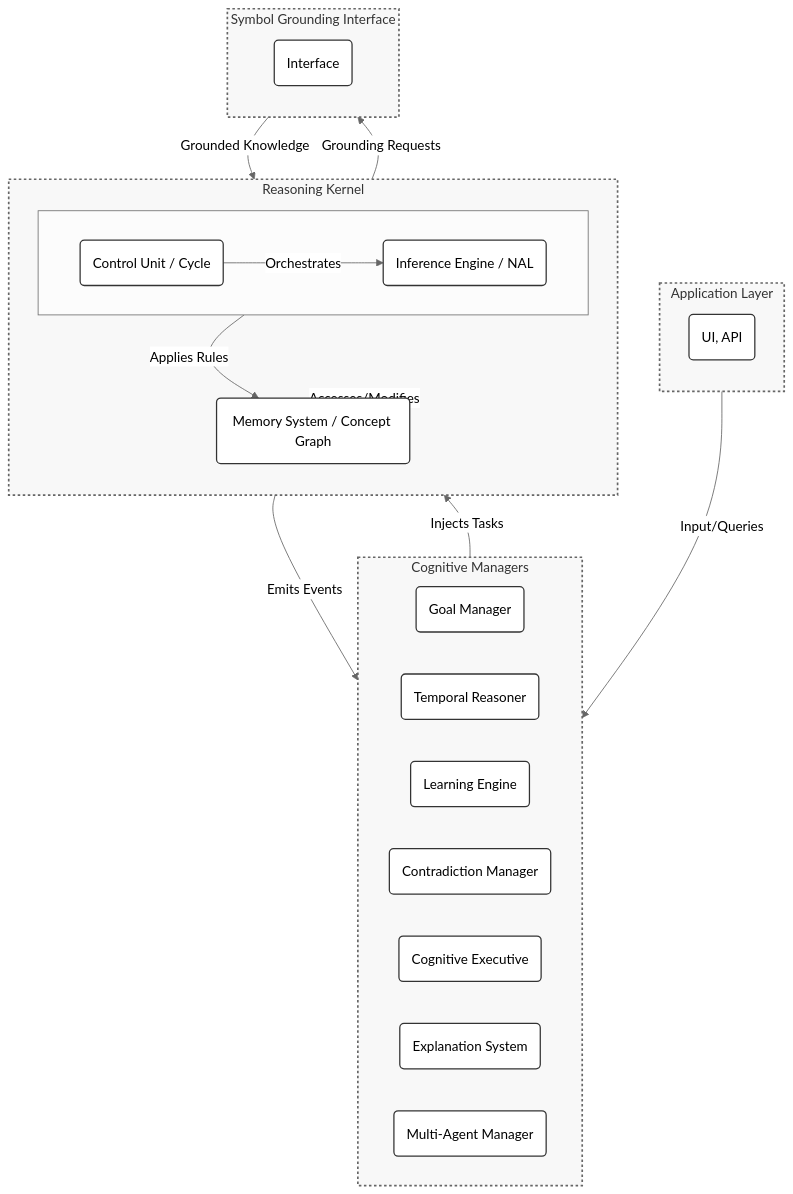
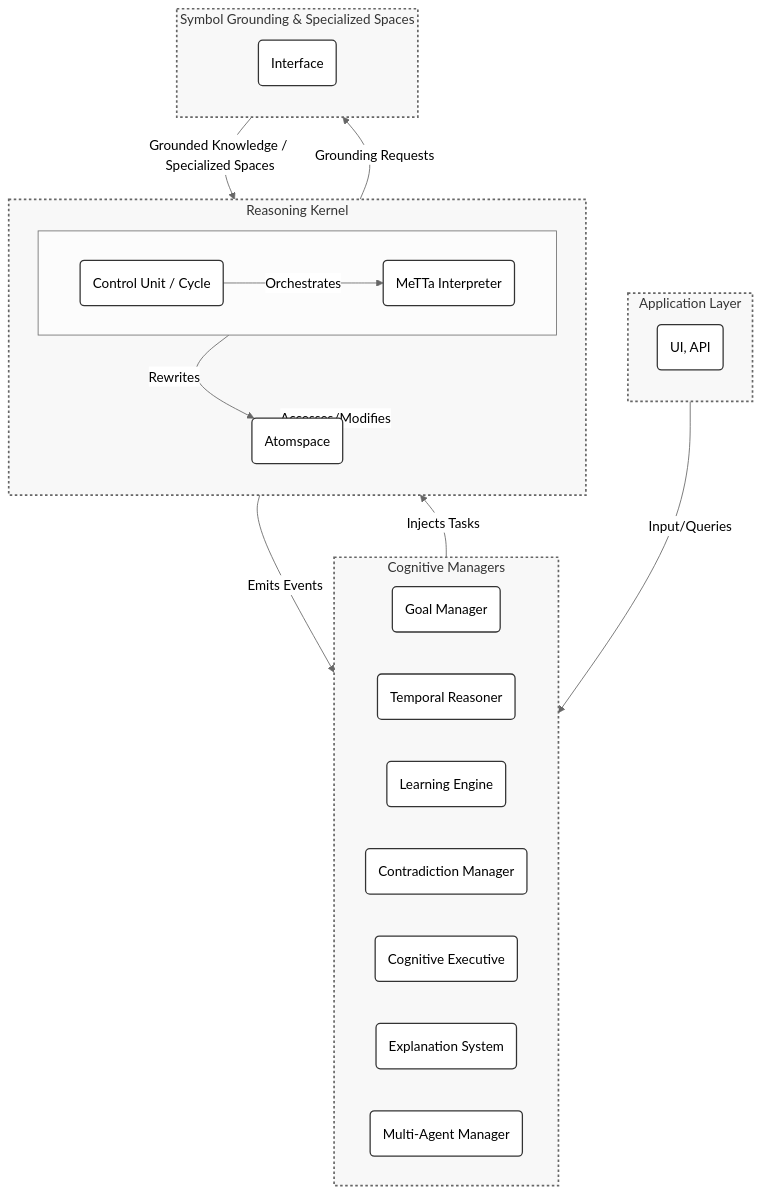
Before and after one commit to automenta/hypernars2: the first of 2 diagrams in README.md, drawn with Mermaid (neutral theme). The commit also changed other lines of this file, not shown here.

First line of the commit message:
Integrate OpenCog Hyperon and MeTTa concepts into the HyperNARS specification.

````diff
--- a/README.md
+++ b/README.md
@@ -76,46 +78,46 @@
 ```mermaid
 graph TD
     subgraph AppLayer [Application Layer]
         direction TB
         UI_API(UI, API)
     end
 
     subgraph CogManagers [Cognitive Managers]
         direction LR
         GoalManager(Goal Manager)
         TemporalReasoner(Temporal Reasoner)
         LearningEngine(Learning Engine)
         ContradictionManager(Contradiction Manager)
         MetaReasoner(Cognitive Executive)
         ExplanationSystem(Explanation System)
         MultiAgentManager(Multi-Agent Manager)
     end
 
     subgraph Kernel [Reasoning Kernel]
         direction TB
         subgraph ControlInference [ ]
             direction LR
             ControlUnit(Control Unit / Cycle)
-            InferenceEngine(Inference Engine / NAL)
+            MeTTaInterpreter(MeTTa Interpreter)
         end
-        MemorySystem(Memory System / Concept Graph)
+        MemorySystem(Atomspace)
     end
 
-    subgraph Grounding [Symbol Grounding Interface]
+    subgraph Grounding [Symbol Grounding & Specialized Spaces]
         direction TB
         GroundingInterface(Interface)
     end
 
     UI_API -- "Input/Queries" --> CogManagers
     CogManagers -- "Injects Tasks" --> Kernel
     Kernel -- "Emits Events" --> CogManagers
     Kernel -- "Accesses/Modifies" --> MemorySystem
-    InferenceEngine -- "Applies Rules" --> MemorySystem
-    ControlUnit -- "Orchestrates" --> InferenceEngine
+    MeTTaInterpreter -- "Rewrites" --> MemorySystem
+    ControlUnit -- "Orchestrates" --> MeTTaInterpreter
     Kernel -- "Grounding Requests" --> Grounding
-    Grounding -- "Grounded Knowledge" --> Kernel
+    Grounding -- "Grounded Knowledge / Specialized Spaces" --> Kernel
 
     classDef default fill:#fff,stroke:#333,stroke-width:1.5px;
     classDef layer fill:#f8f8f8,stroke:#666,stroke-width:2px,stroke-dasharray: 3 3;
     class AppLayer,CogManagers,Kernel,Grounding layer;
 ```
````
